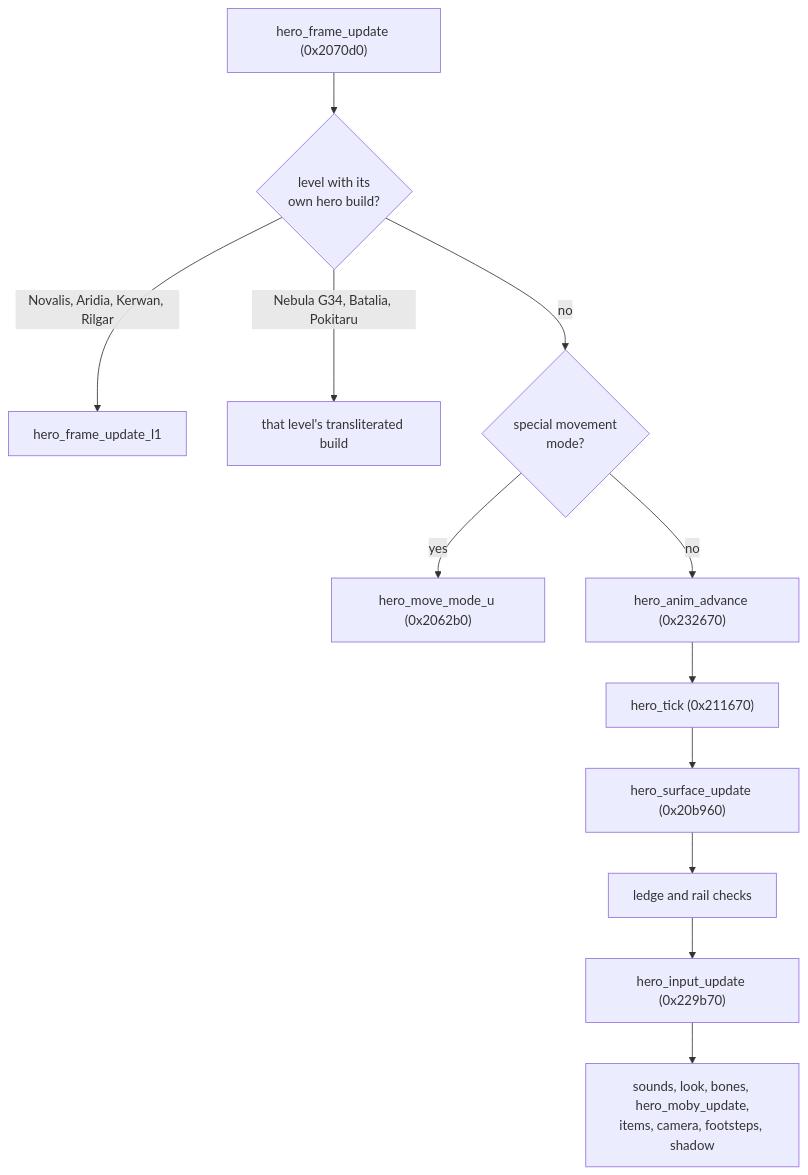
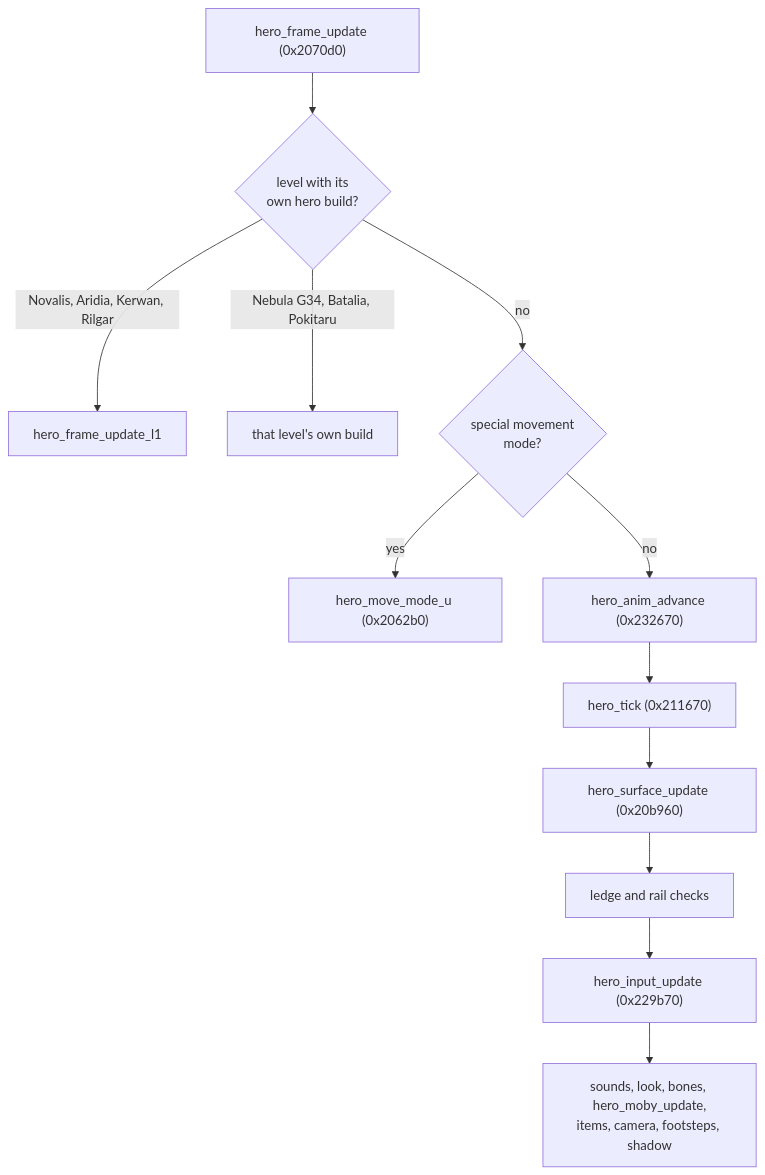
One commit to RAC-Native/rac1-native-game changed the second of 2 diagrams in docs/game-logic.md. Above: the diagram before and after it, drawn with Mermaid. The commit also changed other lines of this file and 273 other files, not shown here.

````diff
--- a/docs/game-logic.md
+++ b/docs/game-logic.md
@@ -209,14 +212,14 @@
 ```mermaid
 flowchart TD
     F["hero_frame_update (0x2070d0)"] --> L{"level with its<br/>own hero build?"}
     L -->|"Novalis, Aridia, Kerwan, Rilgar"| L1["hero_frame_update_l1"]
-    L -->|"Nebula G34, Batalia, Pokitaru"| LT["that level's transliterated build"]
+    L -->|"Nebula G34, Batalia, Pokitaru"| LT["that level's own build"]
     L -->|"no"| M{"special movement<br/>mode?"}
     M -->|"yes"| MM["hero_move_mode_u (0x2062b0)"]
     M -->|"no"| A["hero_anim_advance (0x232670)"]
     A --> T["hero_tick (0x211670)"]
     T --> S["hero_surface_update (0x20b960)"]
     S --> G["ledge and rail checks"]
     G --> I["hero_input_update (0x229b70)"]
     I --> R["sounds, look, bones, hero_moby_update,<br/>items, camera, footsteps, shadow"]
 ```
````
